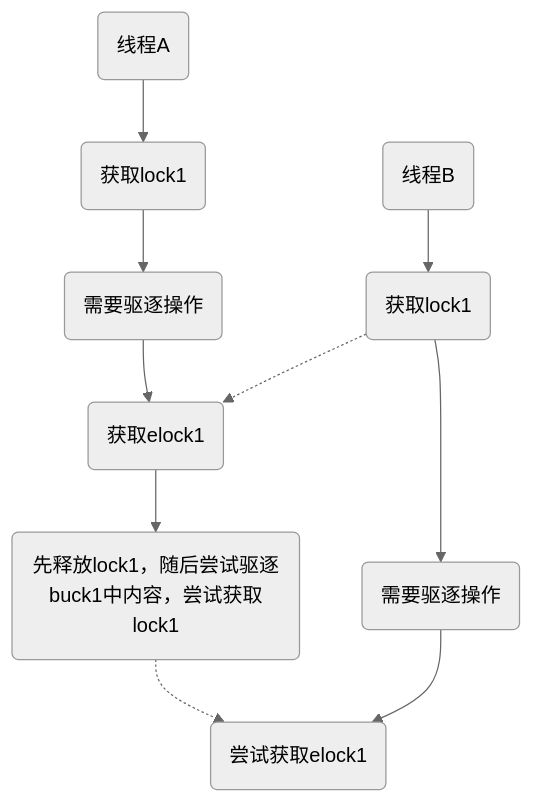
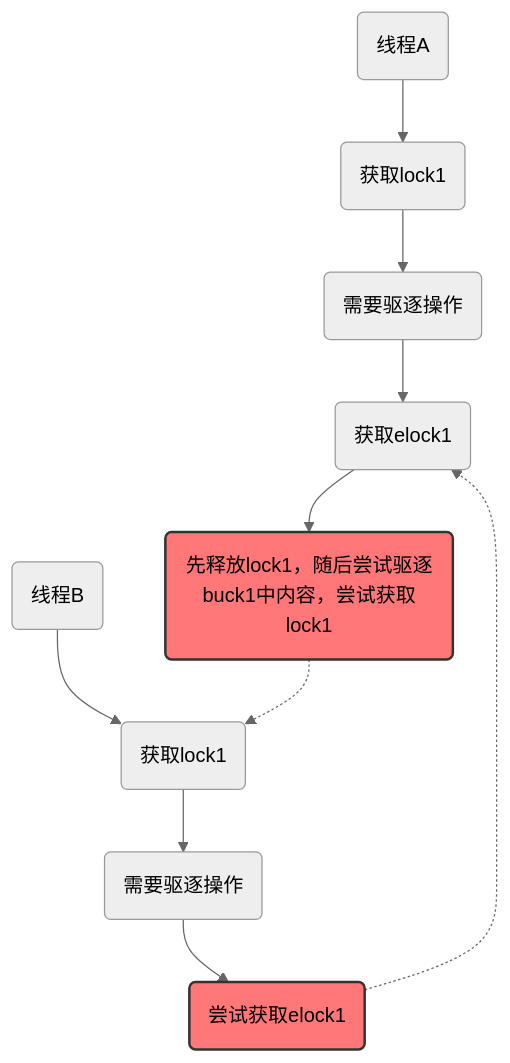
Before and after one commit to CODE-FOR/CODE-FOR.github.io: the third of 3 diagrams in _posts/2025-07-29-Locks.md, drawn with Mermaid (neutral theme). The commit also changed other lines of this file, not shown here.

````diff
--- a/_posts/2025-07-29-Locks.md
+++ b/_posts/2025-07-29-Locks.md
@@ -301,15 +302,18 @@
 ```mermaid
 graph TB
 
 A(线程A)-->B(获取lock1)
 B-->C(需要驱逐操作)
 C-->D(获取elock1)
 D-->E(先释放lock1，随后尝试驱逐buck1中内容，尝试获取lock1)
 
 F(线程B)-->G(获取lock1)
 G-->H(需要驱逐操作)
 H-->I(尝试获取elock1)
+E-.->G
+I-.->D
 
-G-.->D
-E-.->I
+style E fill:#f77,stroke:#333,stroke-width:2px
+style I fill:#f77,stroke:#333,stroke-width:2px
+
 ```
````
